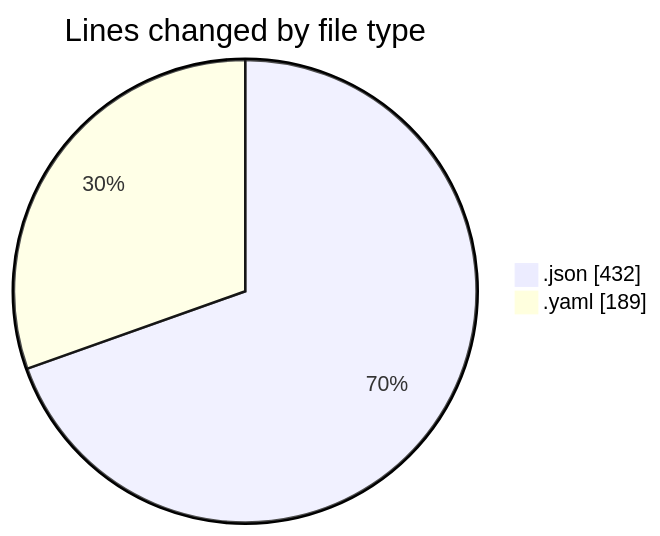
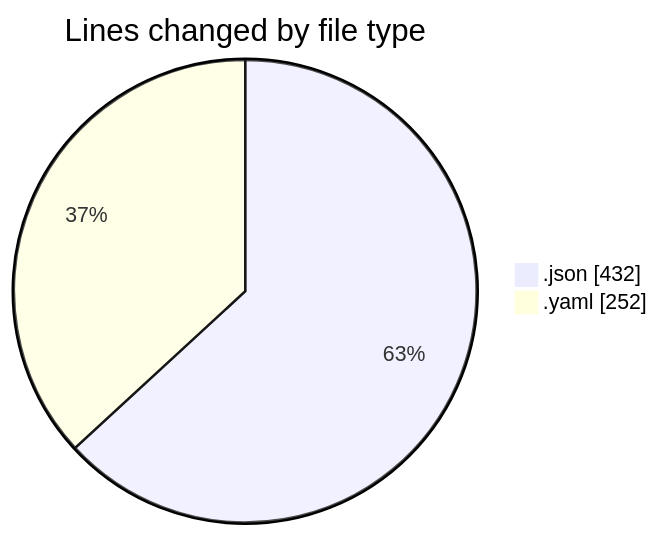
Before and after one commit to EIIisD/code-tracking: the first of 2 diagrams in 2025-08-03/macrowhisper/README.md, drawn with Mermaid. The commit also changed other lines of this file and 1 other file, not shown here.

````diff
--- a/2025-08-03/macrowhisper/README.md
+++ b/2025-08-03/macrowhisper/README.md
@@ -22,6 +23,6 @@
 ```mermaid
 pie showData
 title Lines changed by file type
 ".json" : 432
-".yaml" : 189
+".yaml" : 252
 ```
````
